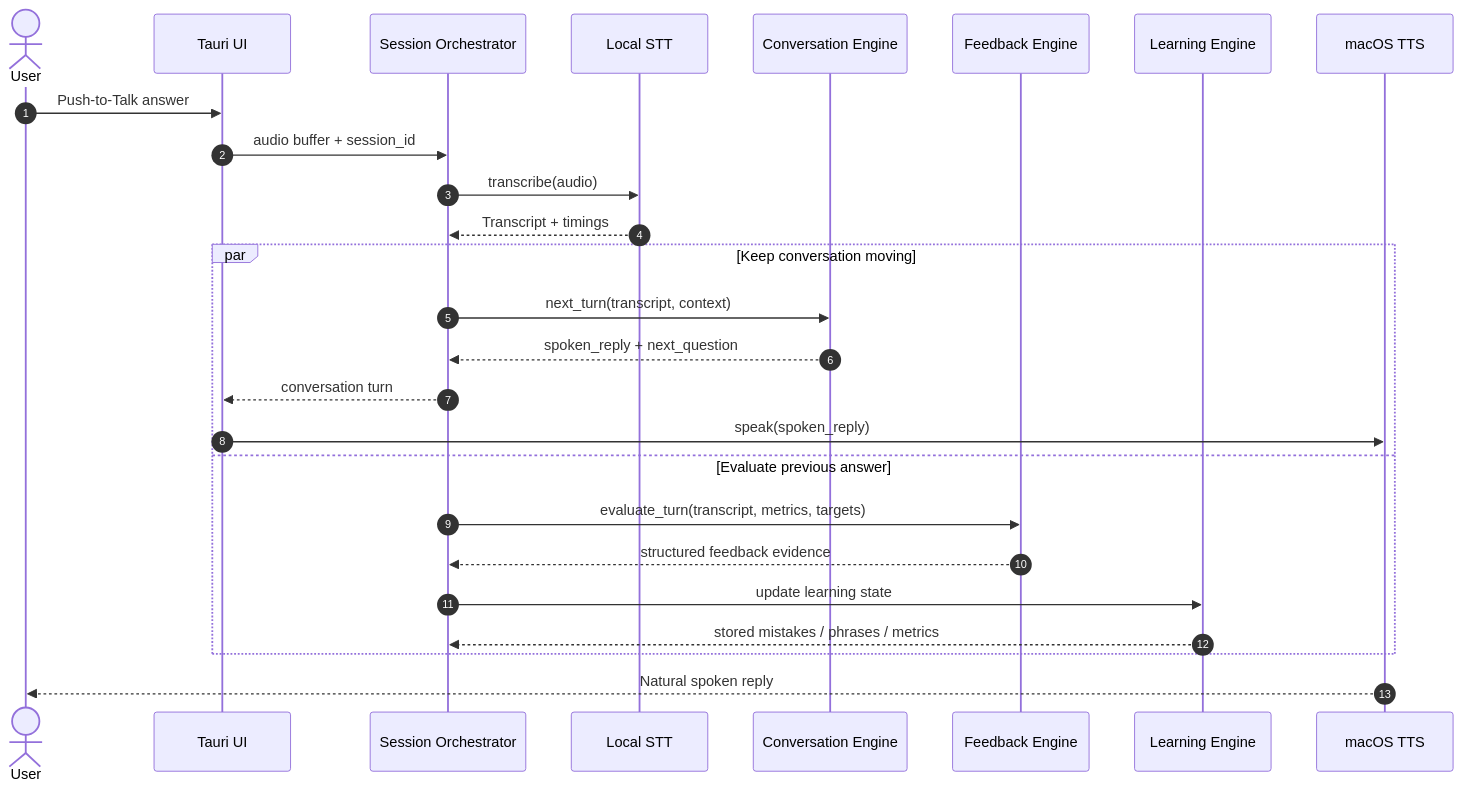
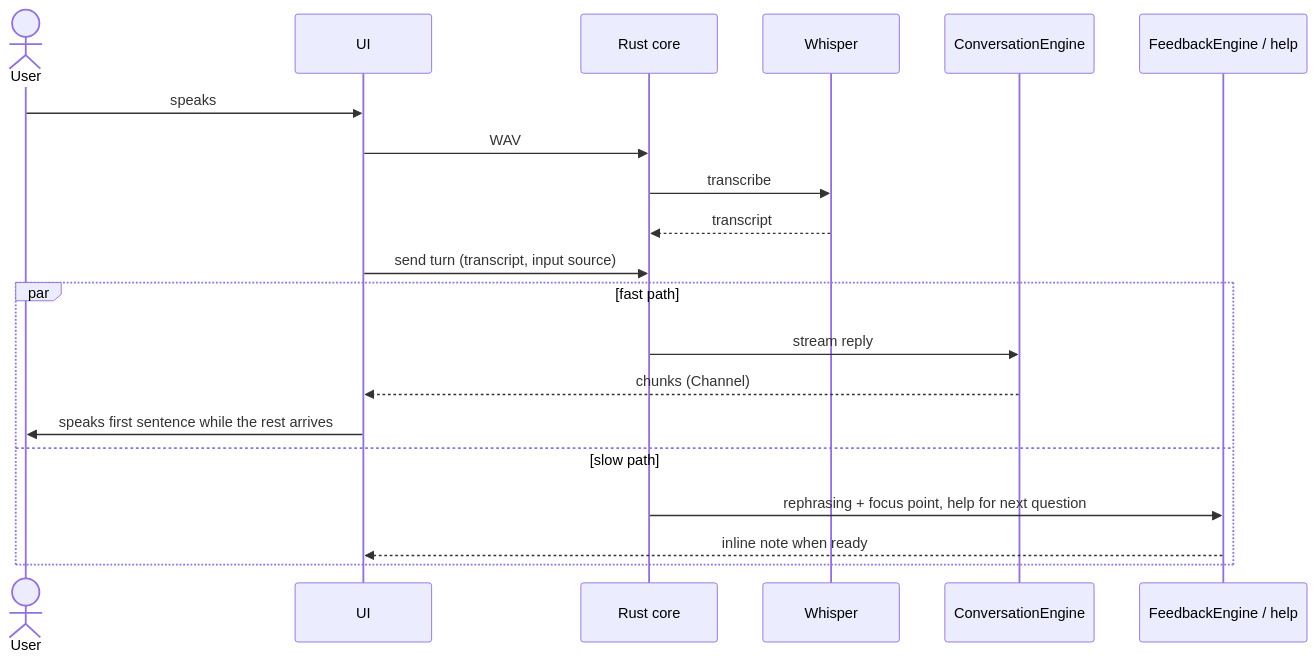
Before and after one commit to oleksii-latyshev/english-trainer: the diagram in docs/ARCHITECTURE.md, drawn with Mermaid. The commit also changed other lines of this file and 9 other files, not shown here.

````diff
--- a/docs/ARCHITECTURE.md
+++ b/docs/ARCHITECTURE.md
@@ -275,31 +71,23 @@
 ```mermaid
 sequenceDiagram
-    autonumber
     actor User
-    participant UI as Tauri UI
-    participant Rust as Session Orchestrator
-    participant STT as Local STT
-    participant Conv as Conversation Engine
-    participant Eval as Feedback Engine
-    participant Learn as Learning Engine
-    participant TTS as macOS TTS
+    participant UI
+    participant Core as Rust core
+    participant STT as Whisper
+    participant Conv as ConversationEngine
+    participant Eval as FeedbackEngine / help
 
-    User->>UI: Push-to-Talk answer
-    UI->>Rust: audio buffer + session_id
-    Rust->>STT: transcribe(audio)
-    STT-->>Rust: Transcript + timings
-
-    par Keep conversation moving
-        Rust->>Conv: next_turn(transcript, context)
-        Conv-->>Rust: spoken_reply + next_question
-        Rust-->>UI: conversation turn
-        UI->>TTS: speak(spoken_reply)
-    and Evaluate previous answer
-        Rust->>Eval: evaluate_turn(transcript, metrics, targets)
-        Eval-->>Rust: structured feedback evidence
-        Rust->>Learn: update learning state
-        Learn-->>Rust: stored mistakes / phrases / metrics
+    User->>UI: speaks
+    UI->>Core: WAV
+    Core->>STT: transcribe
+    STT-->>Core: transcript
+    UI->>Core: send turn (transcript, input source)
+    par fast path
+        Core->>Conv: stream reply
+        Conv-->>UI: chunks (Channel)
+        UI->>User: speaks first sentence while the rest arrives
+    and slow path
+        Core->>Eval: rephrasing + focus point, help for next question
+        Eval-->>UI: inline note when ready
     end
-
-    TTS-->>User: Natural spoken reply
 ```
````
